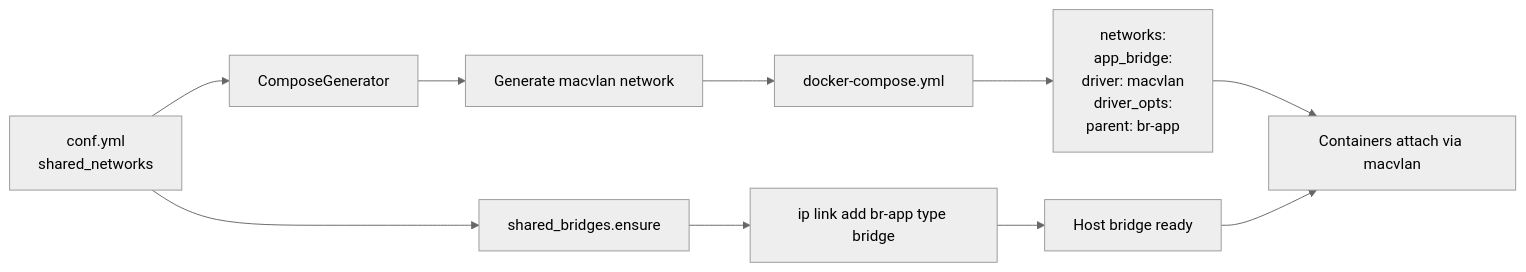
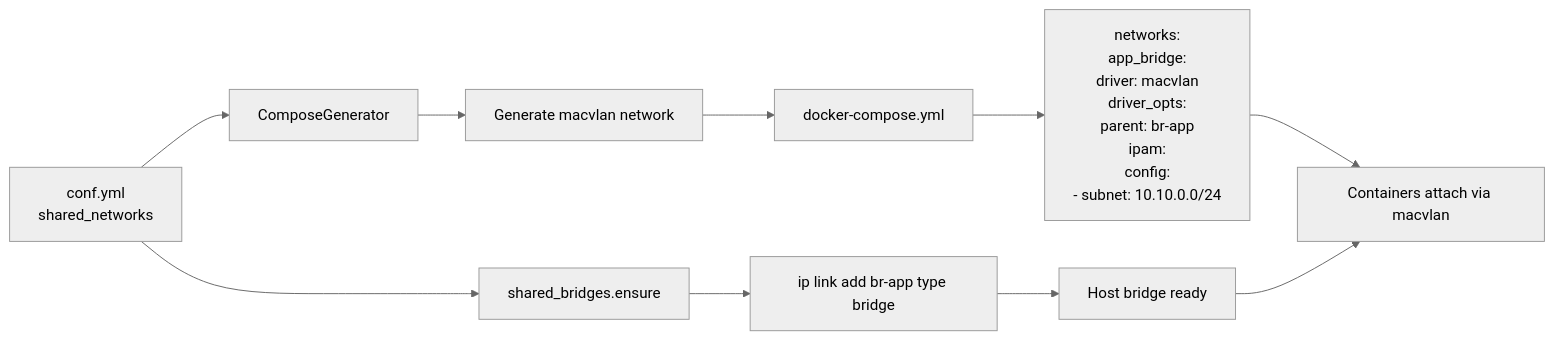
One commit to mherkazandjian/boxman changed the ninth of 16 diagrams in doc/docker-compose-provider/design.md. Above: the diagram before and after it, drawn with Mermaid (neutral theme). The commit also changed other lines of this file and 7 other files, not shown here.

````diff
--- a/doc/docker-compose-provider/design.md
+++ b/doc/docker-compose-provider/design.md
@@ -343,15 +345,15 @@
 ```mermaid
 graph LR
     A[conf.yml<br/>shared_networks] --> B[shared_bridges.ensure]
     B --> C[ip link add br-app type bridge]
     
     A --> D[ComposeGenerator]
     D --> E[Generate macvlan network]
     E --> F[docker-compose.yml]
     
-    F --> G["networks:<br/>  app_bridge:<br/>    driver: macvlan<br/>    driver_opts:<br/>      parent: br-app"]
+    F --> G["networks:<br/>  app_bridge:<br/>    driver: macvlan<br/>    driver_opts:<br/>      parent: br-app<br/>    ipam:<br/>      config:<br/>        - subnet: 10.10.0.0/24"]
     
     C --> H[Host bridge ready]
     G --> I[Containers attach via macvlan]
     H --> I
 ```
````
